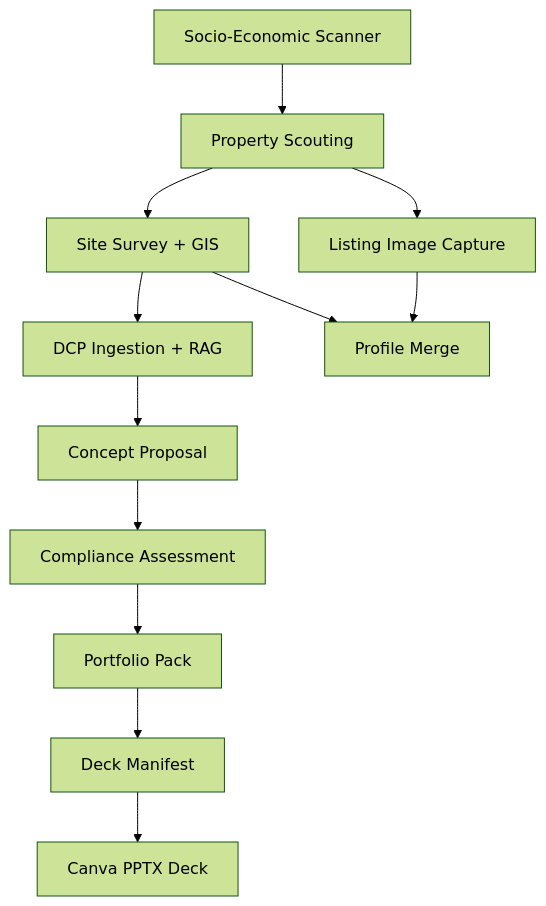
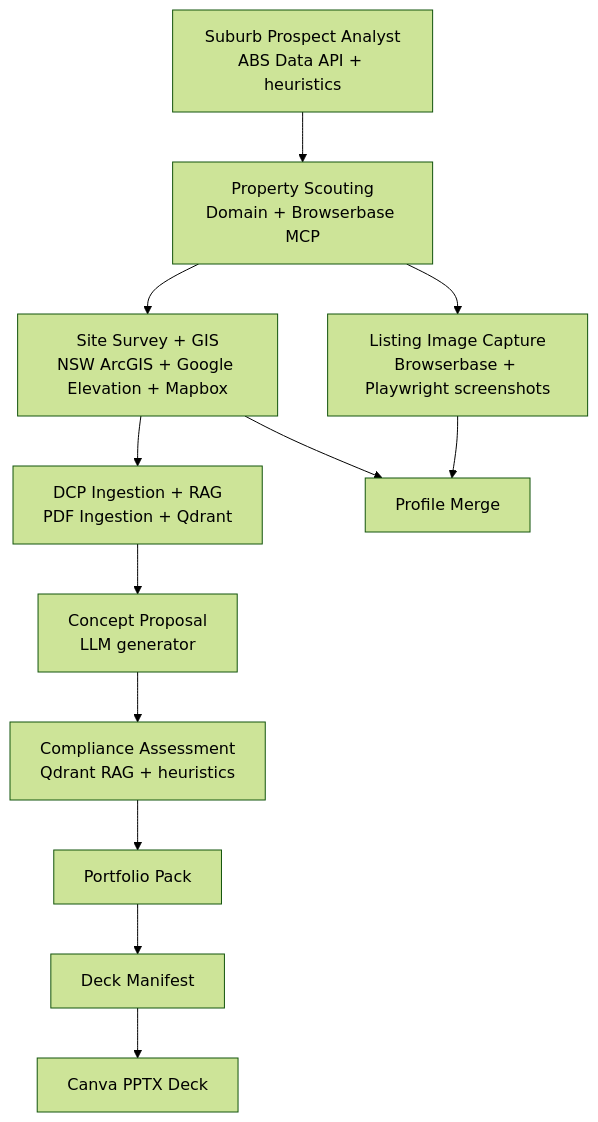
Before and after one commit to anubhavjetley2424/Sydney-Property-Feasibility-Engine-MAS-: the second of 2 diagrams in README.md, drawn with Mermaid (forest theme). The commit also changed other lines of this file, not shown here.

First line of the commit message:
Enhance README with workflow and data sources

````diff
--- a/README.md
+++ b/README.md
@@ -44,14 +44,14 @@
 ```mermaid
 graph TD
-  S1[Socio‑Economic Scanner] --> S2[Property Scouting]
-  S2 --> S3[Listing Image Capture]
-  S2 --> S4[Site Survey + GIS]
-  S4 --> S5[DCP Ingestion + RAG]
-  S5 --> S6[Concept Proposal]
-  S6 --> S7[Compliance Assessment]
+  S1[Suburb Prospect Analyst<br/>ABS Data API + heuristics] --> S2[Property Scouting<br/>Domain + Browserbase MCP]
+  S2 --> S3[Listing Image Capture<br/>Browserbase + Playwright screenshots]
+  S2 --> S4[Site Survey + GIS<br/>NSW ArcGIS + Google Elevation + Mapbox]
+  S4 --> S5[DCP Ingestion + RAG<br/>PDF Ingestion + Qdrant]
+  S5 --> S6[Concept Proposal<br/>LLM generator]
+  S6 --> S7[Compliance Assessment<br/>Qdrant RAG + heuristics]
   S3 --> S8[Profile Merge]
   S4 --> S8
   S7 --> S9[Portfolio Pack]
   S9 --> S10[Deck Manifest]
   S10 --> S11[Canva PPTX Deck]
 ```
````
